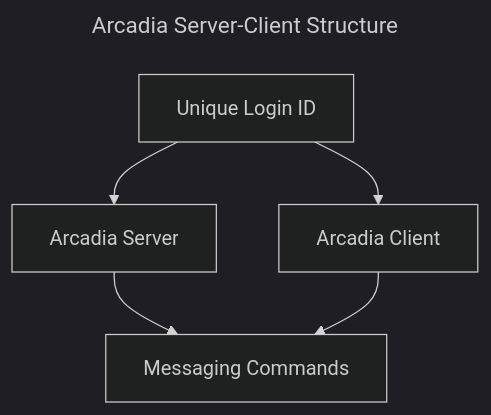
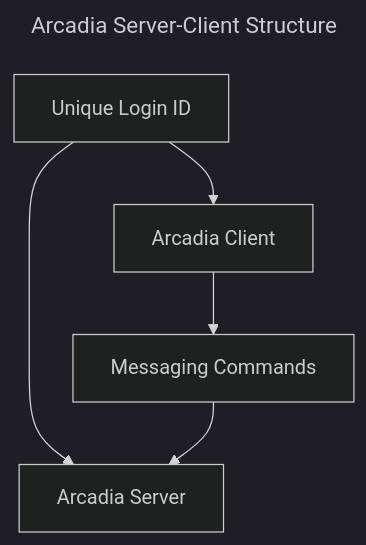
One commit to MethodoxTech/ArcadiaBackends changed the diagram in README.md. Above: the diagram before and after it, drawn with Mermaid (dark theme).

Commit message:
[README] Fix architecture structure graph

````diff
--- a/README.md
+++ b/README.md
@@ -10,14 +10,14 @@
 ```mermaid
 ---
 title: Arcadia Server-Client Structure
 ---
 flowchart TD
   server[Arcadia Server]
   channel[Messaging Commands]
   client[Arcadia Client]
 
   id[Unique Login ID]
 
-  id --> server --> channel
-  id --> client --> channel
+  id --> server
+  id --> client --> channel --> server
 ```
````
